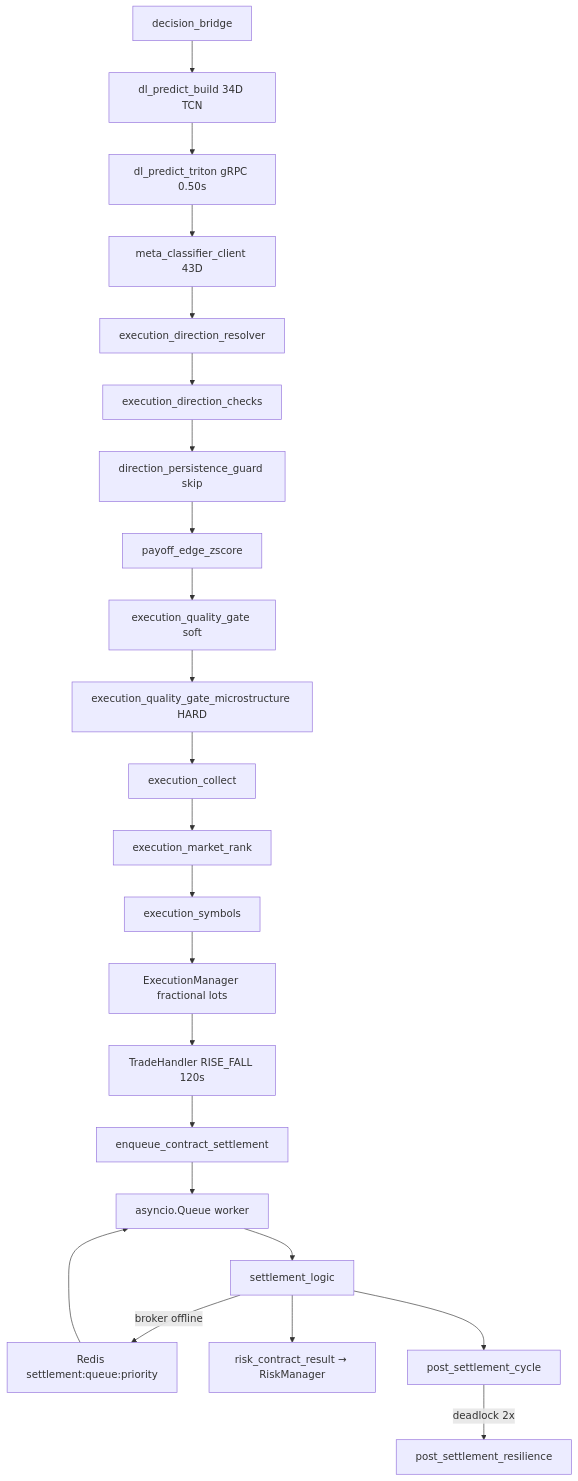
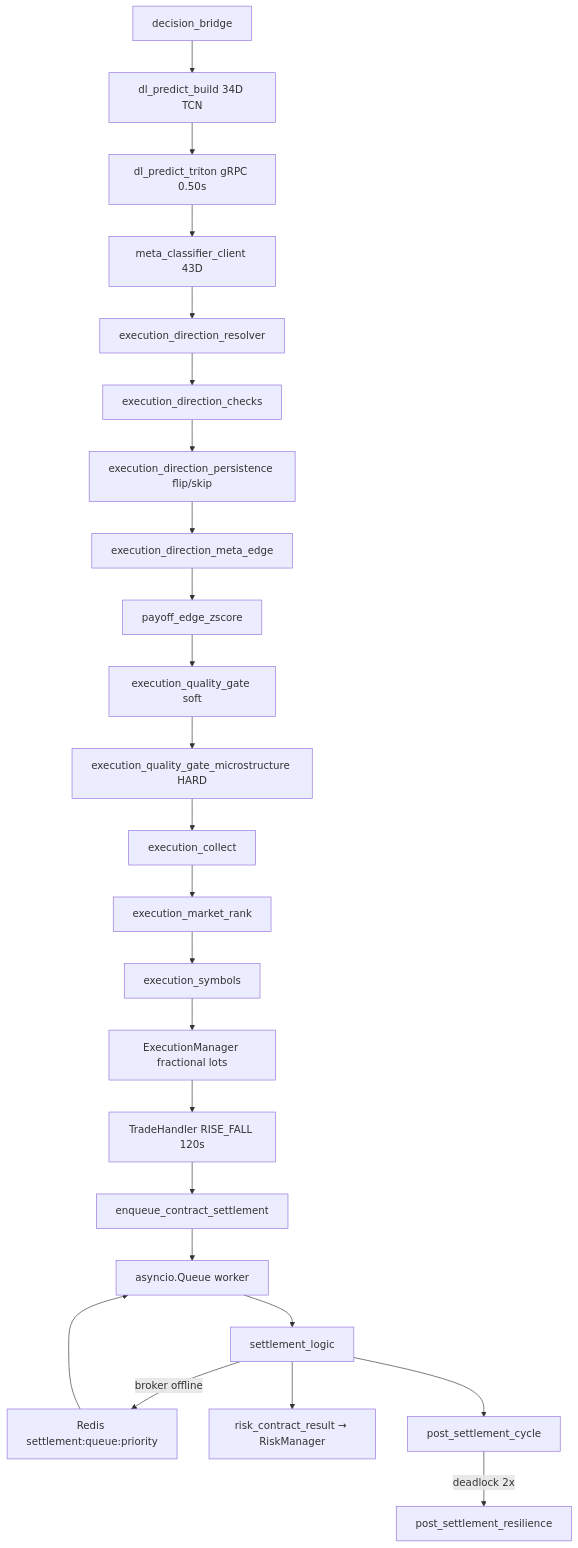
The diagram in docs/structure.md (victorh-silveira/aether-quantum-engine), drawn with Mermaid before and after one commit. The commit also changed other lines of this file and 100 other files, not shown here.

````diff
--- a/docs/structure.md
+++ b/docs/structure.md
@@ -454,25 +457,26 @@
 ```mermaid
 flowchart TD
   BR[decision_bridge] --> BUNDLE[dl_predict_build 34D TCN]
   BUNDLE --> PRED[dl_predict_triton gRPC 0.50s]
   PRED --> META[meta_classifier_client 43D]
   META --> RES[execution_direction_resolver]
   RES --> CHK[execution_direction_checks]
-  CHK --> DG[direction_persistence_guard skip]
-  DG --> ZS[payoff_edge_zscore]
+  CHK --> DG[execution_direction_persistence flip/skip]
+  DG --> EDGE[execution_direction_meta_edge]
+  EDGE --> ZS[payoff_edge_zscore]
   ZS --> QG[execution_quality_gate soft]
   QG --> MICRO[execution_quality_gate_microstructure HARD]
   MICRO --> COL[execution_collect]
   COL --> RANK[execution_market_rank]
   RANK --> SYM[execution_symbols]
   SYM --> EM[ExecutionManager fractional lots]
   EM --> TH[TradeHandler RISE_FALL 120s]
   TH --> ENQ[enqueue_contract_settlement]
   ENQ --> WQ[asyncio.Queue worker]
   WQ --> ST[settlement_logic]
   ST -->|broker offline| RQ[Redis settlement:queue:priority]
   RQ --> WQ
   ST --> RM[risk_contract_result → RiskManager]
   ST --> PSC[post_settlement_cycle]
   PSC -->|deadlock 2x| REC[post_settlement_resilience]
 ```
````
